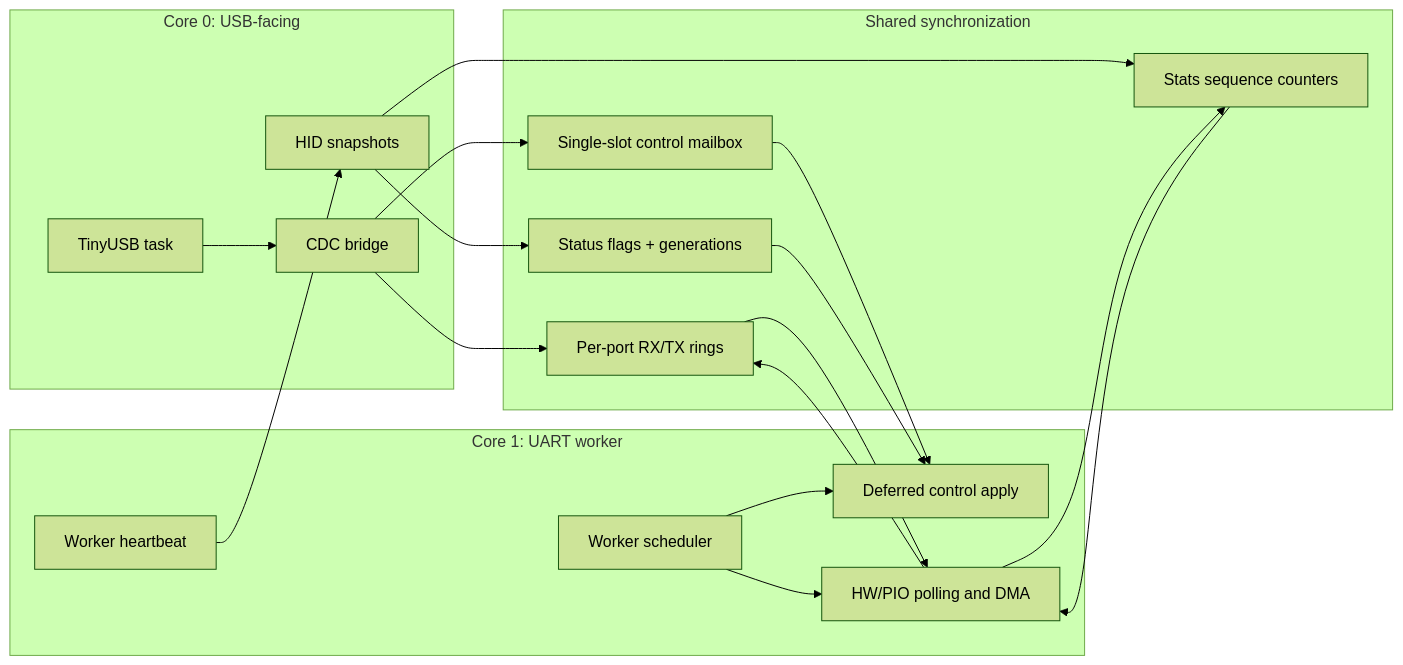
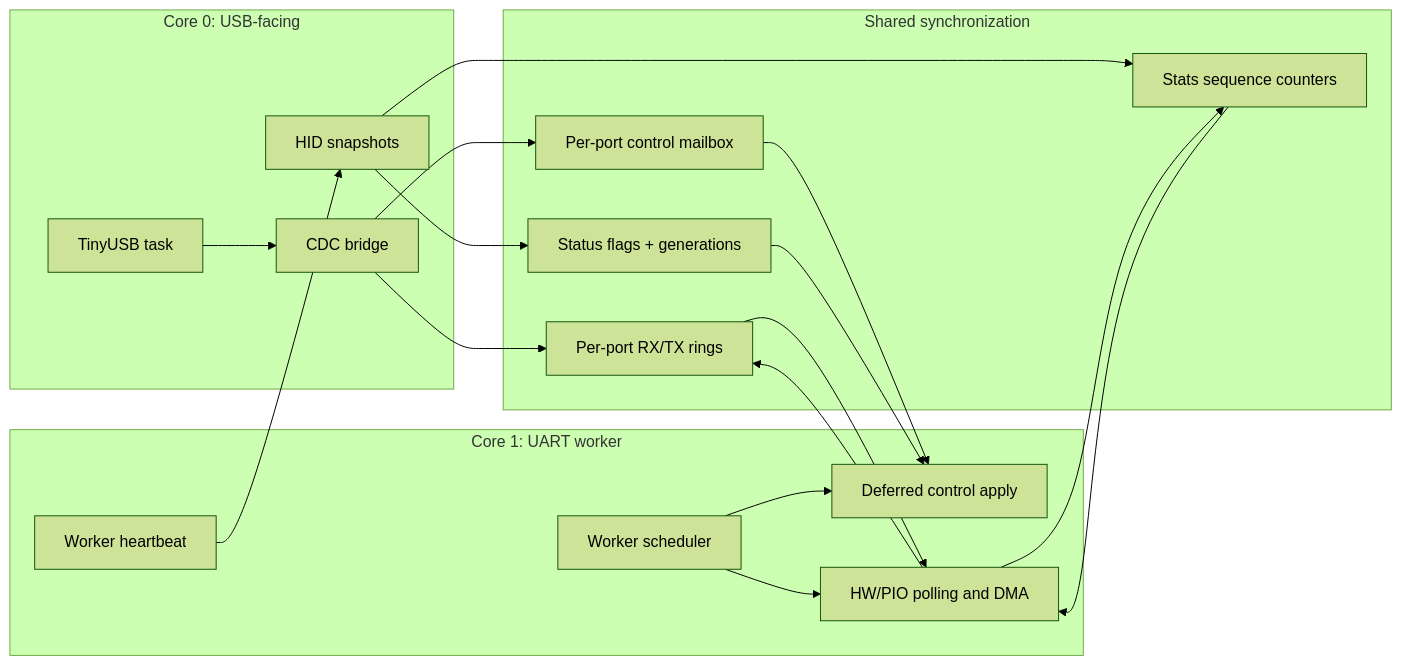
The first of 3 diagrams in docs/detail/multicore-ownership-design.md (djwinter29-oss/PicoUart), drawn with Mermaid (forest theme) before and after one commit. The commit also changed other lines of this file and 21 other files, not shown here.

````diff
--- a/docs/detail/multicore-ownership-design.md
+++ b/docs/detail/multicore-ownership-design.md
@@ -10,34 +10,34 @@
 ```mermaid
 flowchart LR
     subgraph Core0["Core 0: USB-facing"]
         TinyUSB["TinyUSB task"]
         Bridge["CDC bridge"]
         HID["HID snapshots"]
     end
     subgraph Shared["Shared synchronization"]
         Rings["Per-port RX/TX rings"]
-        Mailbox["Single-slot control mailbox"]
+        Mailbox["Per-port control mailbox"]
         Status["Status flags + generations"]
         Stats["Stats sequence counters"]
     end
     subgraph Core1["Core 1: UART worker"]
         Worker["Worker scheduler"]
         Control["Deferred control apply"]
         Backend["HW/PIO polling and DMA"]
         Heartbeat["Worker heartbeat"]
     end
     TinyUSB --> Bridge
     Bridge --> Rings
     Bridge --> Mailbox
     HID --> Status
     HID --> Stats
     Rings --> Backend
     Mailbox --> Control
     Status --> Control
     Stats --> Backend
     Worker --> Control
     Worker --> Backend
     Backend --> Rings
     Backend --> Stats
     Heartbeat --> HID
 ```
````
